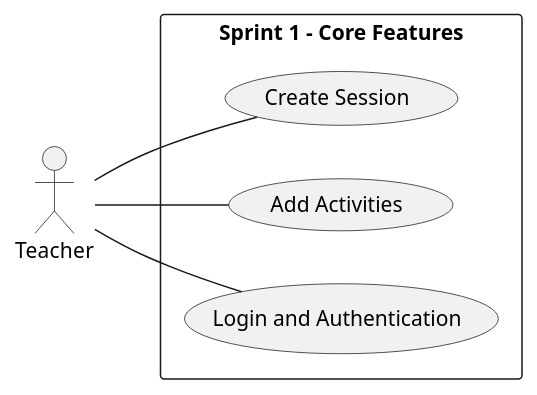
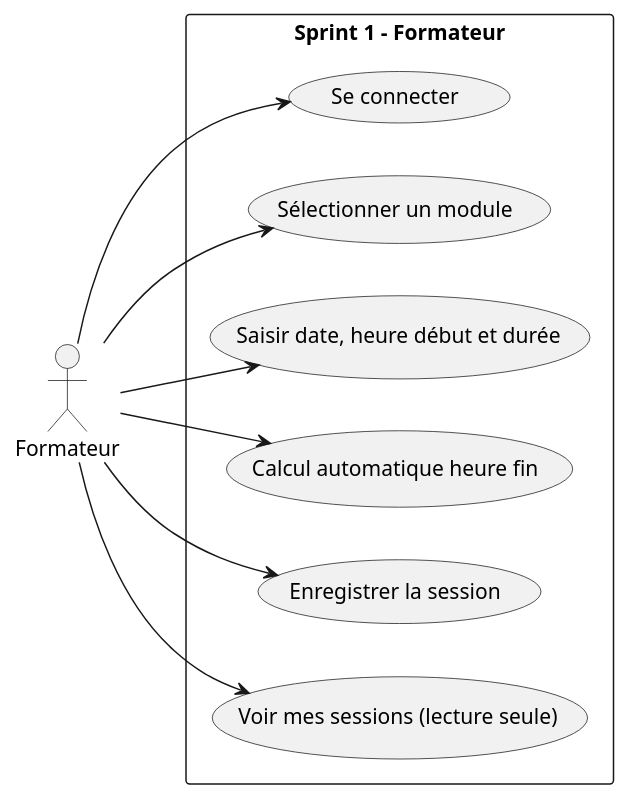
The diagram in Branch Functional/Analys/useCase_1.puml (Ayoub-El-Bouzidi/fil-rouge), drawn with PlantUML before and after one commit. The commit also changed 3 other files, not shown here.

```diff
--- a/Branch Functional/Analys/useCase_1.puml
+++ b/Branch Functional/Analys/useCase_1.puml
@@ -1,16 +1,23 @@
 @startuml
 left to right direction
-skinparam packageStyle rect
+skinparam packageStyle rectangle
 
-actor Teacher as T
+actor Formateur
 
-package "Sprint 1 - Core Features" {
-    usecase "Create Session" as CS
-    usecase "Add Activities" as AA
-    usecase "Login and Authentication" as LA
+rectangle "Sprint 1 - Formateur" {
+
+  usecase "Se connecter"
+  usecase "Sélectionner un module"
+  usecase "Saisir date, heure début et durée"
+  usecase "Calcul automatique heure fin"
+  usecase "Enregistrer la session"
+  usecase "Voir mes sessions (lecture seule)"
+
+  Formateur --> "Se connecter"
+  Formateur --> "Sélectionner un module"
+  Formateur --> "Saisir date, heure début et durée"
+  Formateur --> "Calcul automatique heure fin"
+  Formateur --> "Enregistrer la session"
+  Formateur --> "Voir mes sessions (lecture seule)"
 }
-T -- CS
-T -- AA
-T -- LA
-
 @enduml
```
